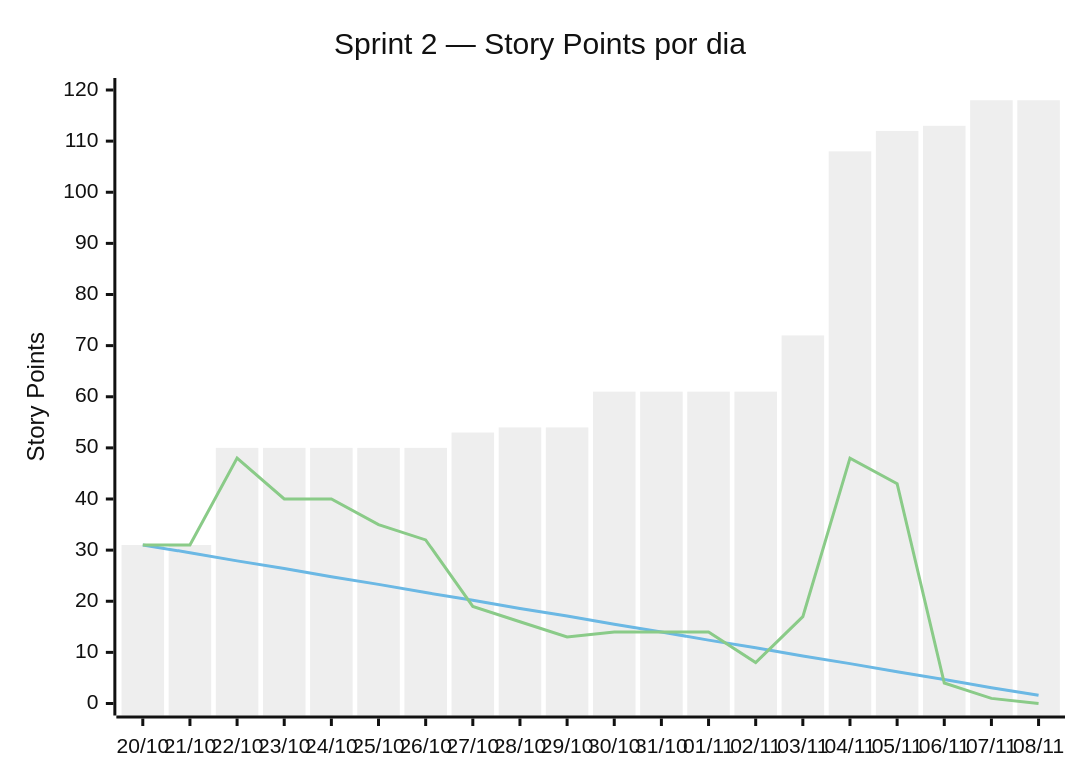
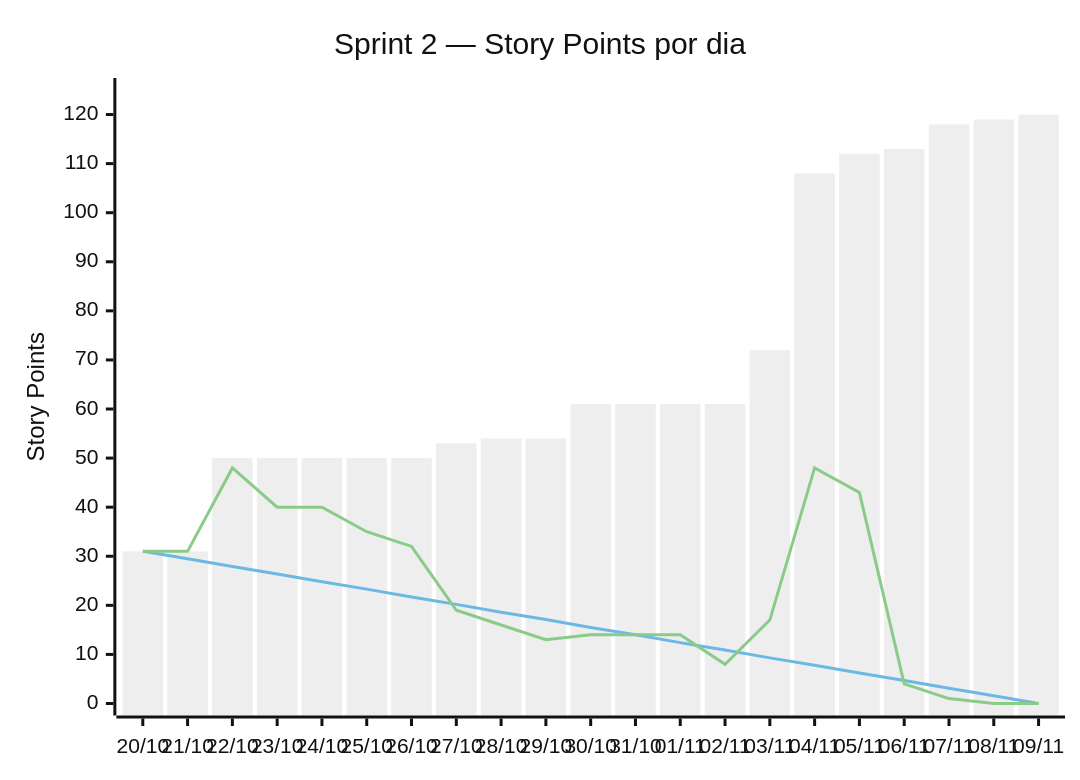
One commit to DEVassos/ecopulse-app changed the diagram in docs/sprints/sprint-2/burndown.md. Above: the diagram before and after it, drawn with Mermaid (neutral theme). The commit also changed other lines of this file, not shown here.

````diff
--- a/docs/sprints/sprint-2/burndown.md
+++ b/docs/sprints/sprint-2/burndown.md
@@ -5,9 +5,9 @@
 ```mermaid
 xychart-beta
     title "Sprint 2 — Story Points por dia"
-    x-axis ["20/10", "21/10", "22/10", "23/10", "24/10", "25/10", "26/10", "27/10", "28/10", "29/10", "30/10", "31/10", "01/11", "02/11", "03/11", "04/11", "05/11", "06/11", "07/11", "08/11"]
-    y-axis "Story Points" 0 --> 120
-    bar [31, 31, 50, 50, 50, 50, 50, 53, 54, 54, 61, 61, 61, 61, 72, 108, 112, 113, 118, 118]
-    line [31, 29.5, 27.9, 26.4, 24.8, 23.3, 21.7, 20.2, 18.6, 17.1, 15.5, 14, 12.4, 10.9, 9.3, 7.8, 6.2, 4.7, 3.1, 1.6]
-    line [31, 31, 48, 40, 40, 35, 32, 19, 16, 13, 14, 14, 14, 8, 17, 48, 43, 4, 1, 0]
+    x-axis ["20/10", "21/10", "22/10", "23/10", "24/10", "25/10", "26/10", "27/10", "28/10", "29/10", "30/10", "31/10", "01/11", "02/11", "03/11", "04/11", "05/11", "06/11", "07/11", "08/11", "09/11"]
+    y-axis "Story Points" 0 --> 125
+    bar [31, 31, 50, 50, 50, 50, 50, 53, 54, 54, 61, 61, 61, 61, 72, 108, 112, 113, 118, 119, 120]
+    line [31, 29.5, 27.9, 26.4, 24.8, 23.3, 21.7, 20.2, 18.6, 17.1, 15.5, 14, 12.4, 10.9, 9.3, 7.8, 6.2, 4.7, 3.1, 1.6, 0]
+    line [31, 31, 48, 40, 40, 35, 32, 19, 16, 13, 14, 14, 14, 8, 17, 48, 43, 4, 1, 0, 0]
 ```
````
